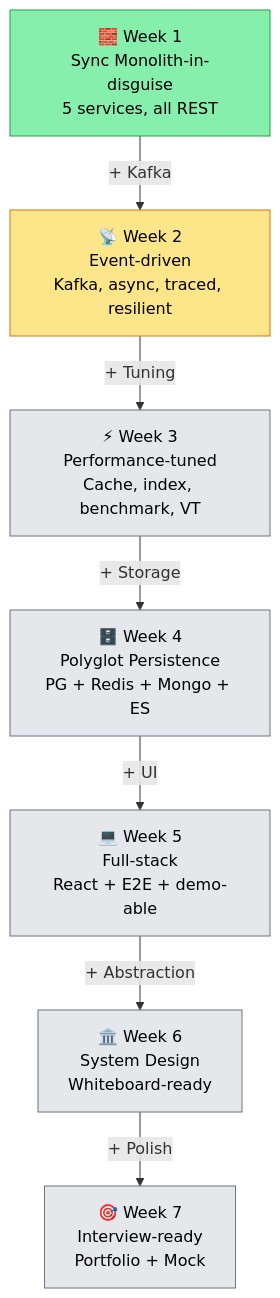
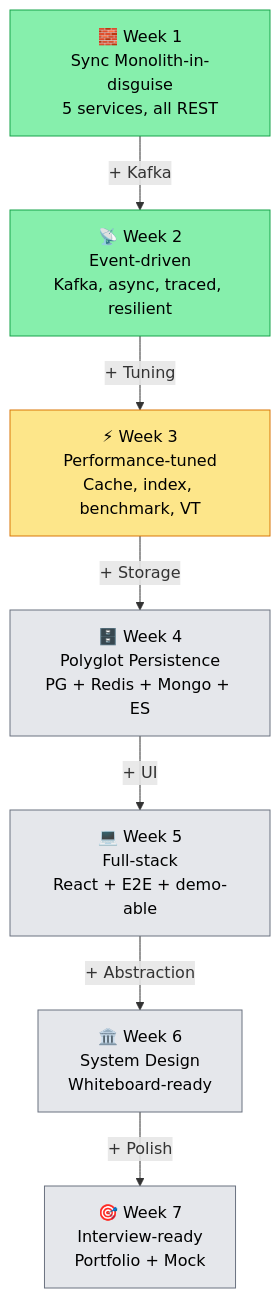
Before and after one commit to codevuichamcom/ecommerce-platform: the diagram in docs/evolution/12-40-preview.md, drawn with Mermaid. The commit also changed other lines of this file and 17 other files, not shown here.

````diff
--- a/docs/evolution/12-40-preview.md
+++ b/docs/evolution/12-40-preview.md
@@ -253,25 +174,25 @@
 ```mermaid
 graph TD
     W1[🧱 Week 1<br/>Sync Monolith-in-disguise<br/>5 services, all REST]
     W2[📡 Week 2<br/>Event-driven<br/>Kafka, async, traced, resilient]
     W3[⚡ Week 3<br/>Performance-tuned<br/>Cache, index, benchmark, VT]
     W4[🗄️ Week 4<br/>Polyglot Persistence<br/>PG + Redis + Mongo + ES]
     W5[💻 Week 5<br/>Full-stack<br/>React + E2E + demo-able]
     W6[🏛️ Week 6<br/>System Design<br/>Whiteboard-ready]
     W7[🎯 Week 7<br/>Interview-ready<br/>Portfolio + Mock]
 
     W1 -->|"+ Kafka"| W2
     W2 -->|"+ Tuning"| W3
     W3 -->|"+ Storage"| W4
     W4 -->|"+ UI"| W5
     W5 -->|"+ Abstraction"| W6
     W6 -->|"+ Polish"| W7
 
     classDef done fill:#86efac,stroke:#16a34a,color:#000
     classDef current fill:#fde68a,stroke:#d97706,color:#000
     classDef future fill:#e5e7eb,stroke:#6b7280,color:#000
 
-    class W1 done
-    class W2 current
-    class W3,W4,W5,W6,W7 future
+    class W1,W2 done
+    class W3 current
+    class W4,W5,W6,W7 future
 ```
````
